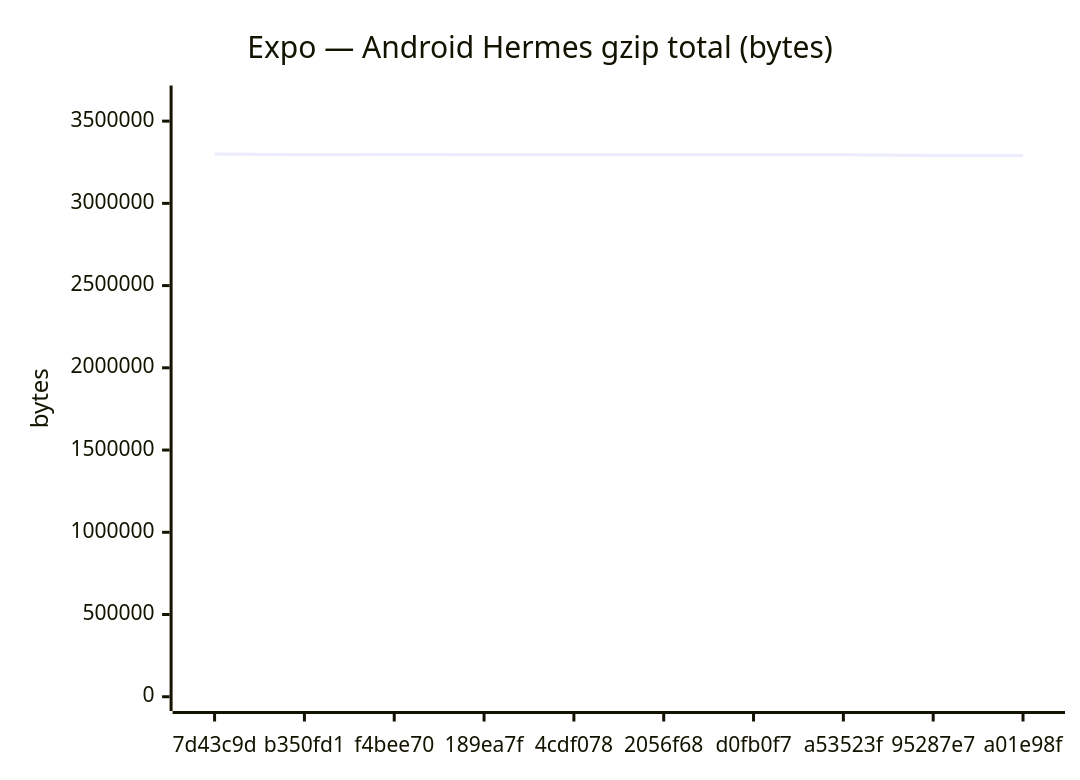
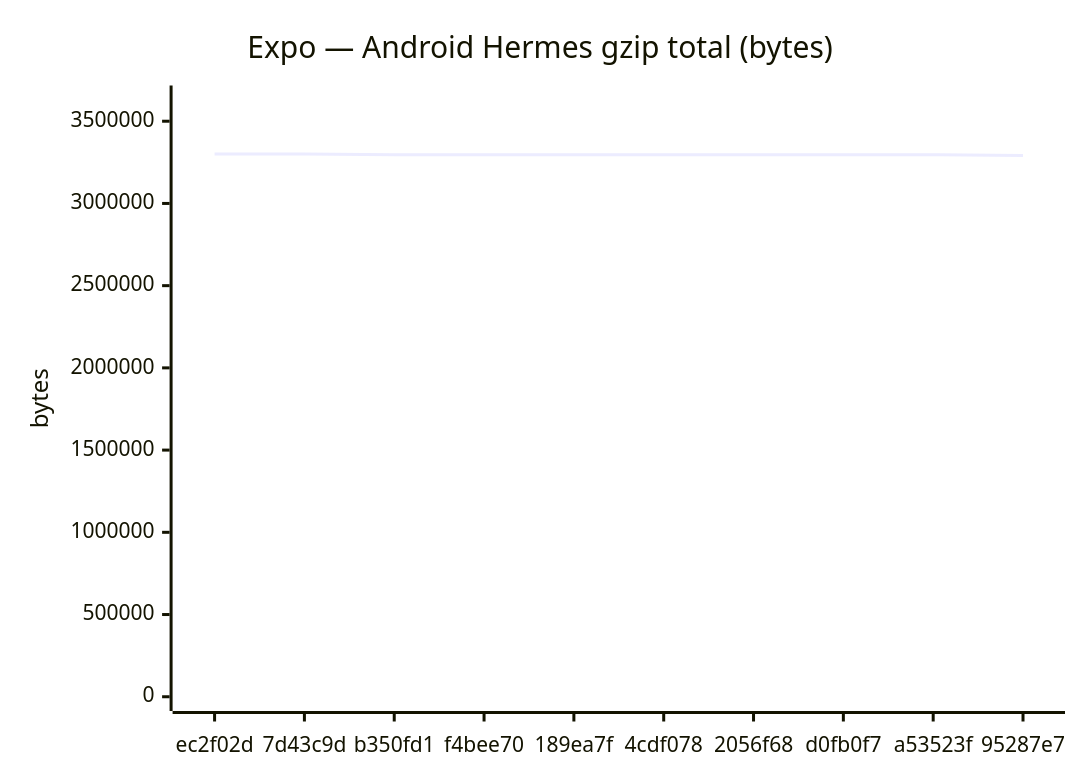
The fifth of 18 diagrams in benchmarks/compare.md (Metaheurist/Rianell), drawn with Mermaid before and after one commit. The commit also changed other lines of this file and 11 other files, not shown here.

````diff
--- a/benchmarks/compare.md
+++ b/benchmarks/compare.md
@@ -89,7 +89,7 @@
 ```mermaid
 xychart-beta
     title "Expo — Android Hermes gzip total (bytes)"
-    x-axis ["7d43c9d", "b350fd1", "f4bee70", "189ea7f", "4cdf078", "2056f68", "d0fb0f7", "a53523f", "95287e7", "a01e98f"]
-    y-axis "bytes" 0 --> 3629946
-    line [3299950, 3296025, 3296632, 3296023, 3295973, 3295761, 3295758, 3295757, 3291461, 3291455]
+    x-axis ["ec2f02d", "7d43c9d", "b350fd1", "f4bee70", "189ea7f", "4cdf078", "2056f68", "d0fb0f7", "a53523f", "95287e7"]
+    y-axis "bytes" 0 --> 3630575
+    line [3300522, 3299950, 3296025, 3296632, 3296023, 3295973, 3295761, 3295758, 3295757, 3291461]
 ```
````
